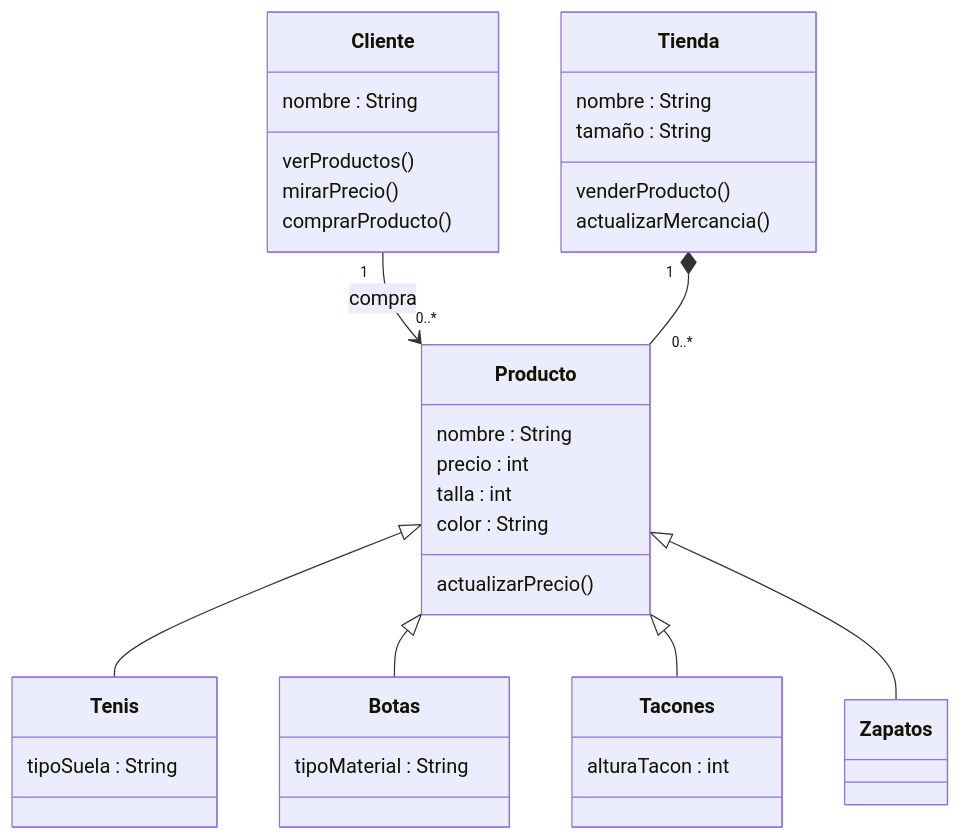
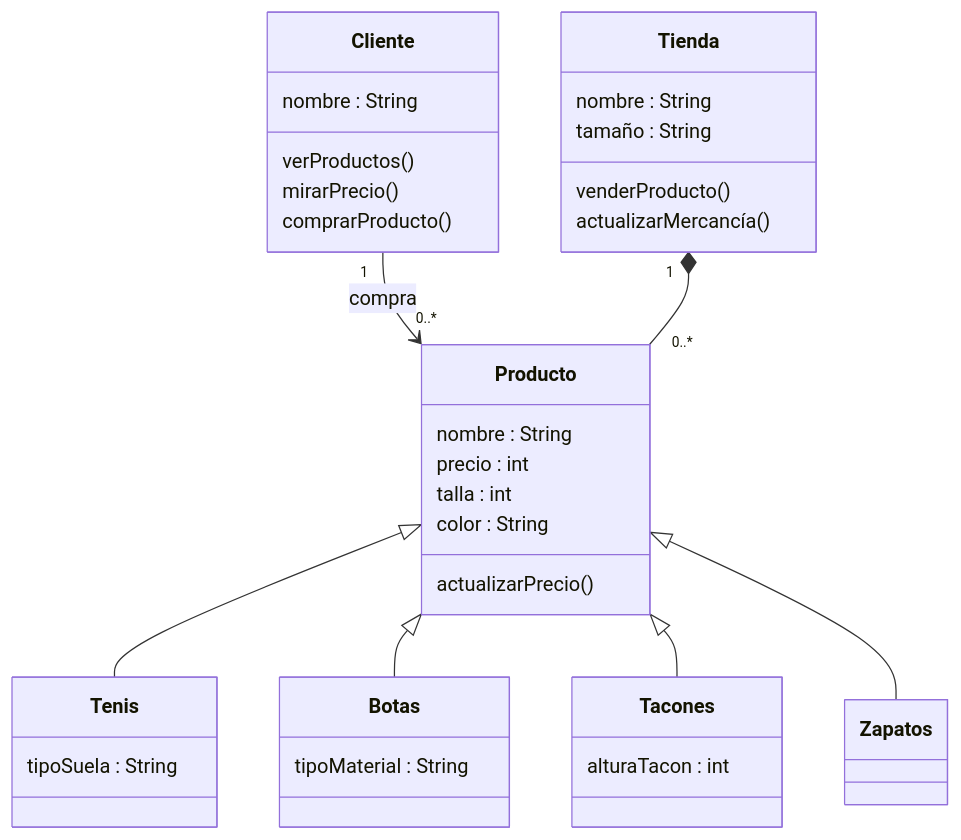
One commit to dabarretor/Reto-2-diagramas-tipo-UML changed the diagram in README.md. Above: the diagram before and after it, drawn with Mermaid. The commit also changed other lines of this file, not shown here.

````diff
--- a/README.md
+++ b/README.md
@@ -8,45 +8,45 @@
 ```mermaid
 classDiagram
 
 Cliente "1" --> "0..*" Producto : compra
 Tienda "1" *-- "0..*" Producto
 
 class Tienda {
     nombre : String
     tamaño : String
     venderProducto()
-    actualizarMercancia()
+    actualizarMercancía()
 }
 
 class Cliente {
     nombre : String
     verProductos()
     mirarPrecio()
     comprarProducto()
 }
 
 class Producto {
     nombre : String
     precio : int
     talla : int
     color : String
     actualizarPrecio()
 }
 
 class Tenis {
     tipoSuela : String
 }
 
 class Tacones {
     alturaTacon : int
 }
 
 class Botas {
     tipoMaterial : String
 }
 
 Producto <|-- Tenis
 Producto <|-- Botas
 Producto <|-- Tacones
 Producto <|-- Zapatos
 ```
````
